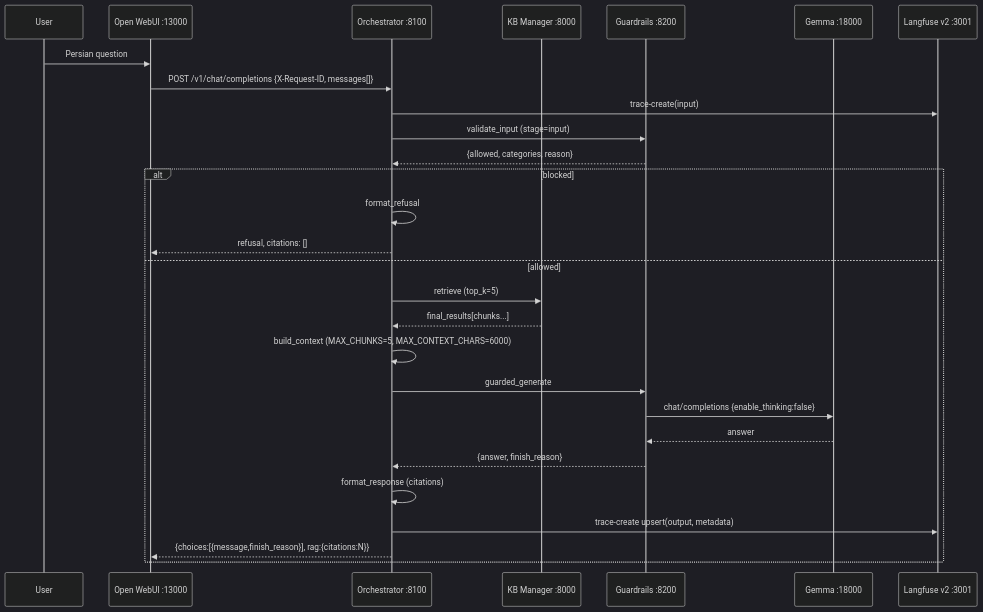
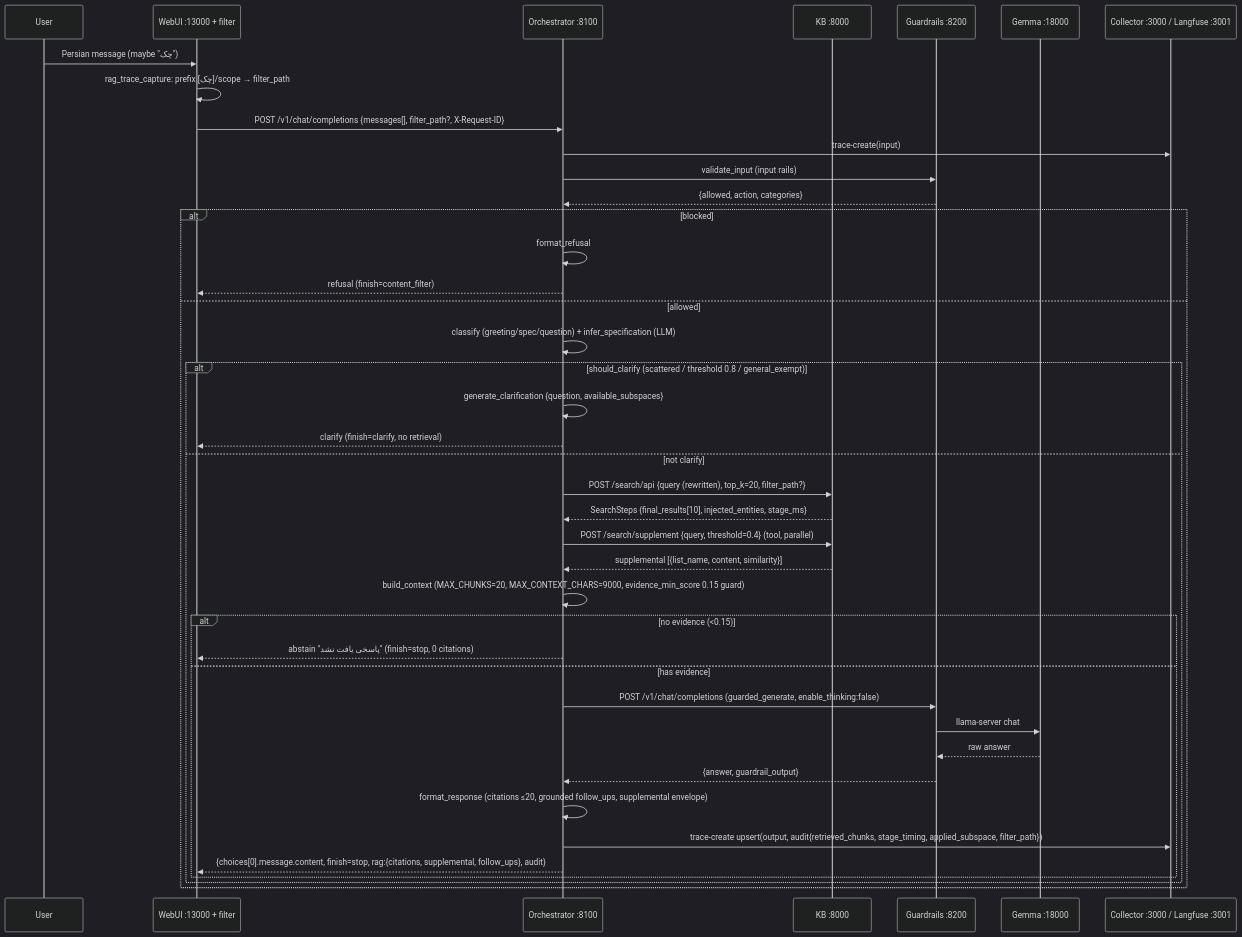
Before and after one commit to AliNikkhah2001/Work_Credit-RAG_Phase1: the second of 4 diagrams in README.md, drawn with Mermaid (dark theme). The commit also changed other lines of this file, not shown here.

First line of the commit message:
docs: rewrite README — correct architecture, sticky/clarify/supplement + bench 2026-10-12

````diff
--- a/README.md
+++ b/README.md
@@ -86,33 +115,46 @@
 ```mermaid
 sequenceDiagram
     participant U as User
-    participant W as Open WebUI :13000
+    participant W as WebUI :13000 + filter
     participant O as Orchestrator :8100
-    participant K as KB Manager :8000
+    participant K as KB :8000
     participant G as Guardrails :8200
     participant M as Gemma :18000
-    participant L as Langfuse v2 :3001
+    participant Obs as Collector :3000 / Langfuse :3001
 
-    U->>W: Persian question
-    W->>O: POST /v1/chat/completions {X-Request-ID, messages[]}
-    O->>L: trace-create(input)
-    
-    O->>G: validate_input (stage=input)
-    G-->>O: {allowed, categories, reason}
-    
+    U->>W: Persian message (maybe "چک")
+    W->>W: rag_trace_capture: prefix [چک]/scope → filter_path
+    W->>O: POST /v1/chat/completions {messages[], filter_path?, X-Request-ID}
+    O->>Obs: trace-create(input)
+
+    O->>G: validate_input (input rails)
+    G-->>O: {allowed, action, categories}
+
     alt blocked
         O->>O: format_refusal
-        O-->>W: refusal, citations: []
+        O-->>W: refusal (finish=content_filter)
     else allowed
-        O->>K: retrieve (top_k=5)
-        K-->>O: final_results[chunks...]
-        O->>O: build_context (MAX_CHUNKS=5, MAX_CONTEXT_CHARS=6000)
-        O->>G: guarded_generate
-        G->>M: chat/completions {enable_thinking:false}
-        M-->>G: answer
-        G-->>O: {answer, finish_reason}
-        O->>O: format_response (citations)
-        O->>L: trace-create upsert(output, metadata)
-        O-->>W: {choices:[{message,finish_reason}], rag:{citations:N}}
+        O->>O: classify (greeting/spec/question) + infer_specification (LLM)
+        alt should_clarify (scattered / threshold 0.8 / general_exempt)
+            O->>O: generate_clarification {question, available_subspaces}
+            O-->>W: clarify (finish=clarify, no retrieval)
+        else not clarify
+            O->>K: POST /search/api {query (rewritten), top_k=20, filter_path?}
+            K-->>O: SearchSteps {final_results[10], injected_entities, stage_ms}
+            O->>K: POST /search/supplement {query, threshold=0.4} (tool, parallel)
+            K-->>O: supplemental [{list_name, content, similarity}]
+            O->>O: build_context (MAX_CHUNKS=20, MAX_CONTEXT_CHARS=9000, evidence_min_score 0.15 guard)
+            alt no evidence (<0.15)
+                O-->>W: abstain "پاسخی یافت نشد" (finish=stop, 0 citations)
+            else has evidence
+                O->>G: POST /v1/chat/completions (guarded_generate, enable_thinking:false)
+                G->>M: llama-server chat
+                M-->>G: raw answer
+                G-->>O: {answer, guardrail_output}
+                O->>O: format_response (citations ≤20, grounded follow_ups, supplemental envelope)
+                O->>Obs: trace-create upsert(output, audit{retrieved_chunks, stage_timing, applied_subspace, filter_path})
+                O-->>W: {choices[0].message.content, finish=stop, rag:{citations, supplemental, follow_ups}, audit}
+            end
+        end
     end
 ```
````
